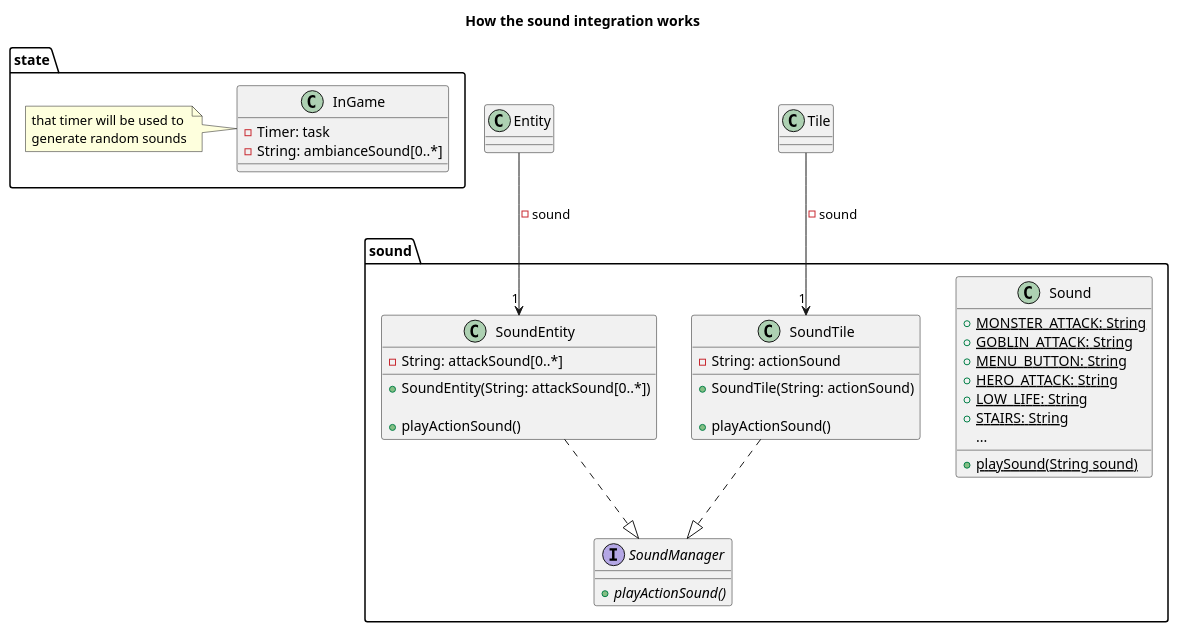
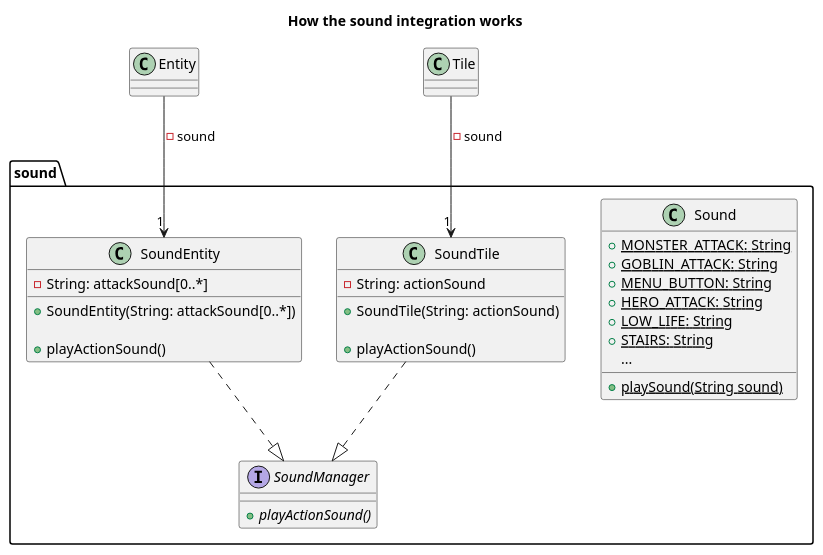
Before and after one commit to Reynault/ACL_2019_Zelpop: the diagram in doc/4_sprint/diagrams/puml/class/sound.puml, drawn with PlantUML. The commit also changed 5 other files, not shown here.

```diff
--- a/doc/4_sprint/diagrams/puml/class/sound.puml
+++ b/doc/4_sprint/diagrams/puml/class/sound.puml
@@ -1,55 +1,44 @@
 @startuml
 
 title How the sound integration works
 
 package sound{
 
     class Sound{
         + {static}MONSTER_ATTACK: String
         + {static}GOBLIN_ATTACK: String
         + {static}MENU_BUTTON: String
         + {static}HERO_ATTACK: String
         + {static}LOW_LIFE: String
         + {static}STAIRS: String
         ...
         + {static}playSound(String sound)
     }
 
     class SoundEntity{
         - String: attackSound[0..*]
 
         + SoundEntity(String: attackSound[0..*])
 
         + playActionSound()
     }
 
-
     class SoundTile{
         - String: actionSound
         + SoundTile(String: actionSound)
 
         + playActionSound()
     }
 
     interface SoundManager{
         + {abstract} playActionSound()
     }
 }
 
-package state{
-
-    class InGame{
-        - Timer: task
-        - String: ambianceSound[0..*]
-    }
-    note left: that timer will be used to \ngenerate random sounds
-
-}
-
 Entity --> "1" SoundEntity: -sound
 Tile --> "1" SoundTile: -sound
 
 SoundEntity ..|> SoundManager
 SoundTile ..|> SoundManager
 
 @enduml
```
